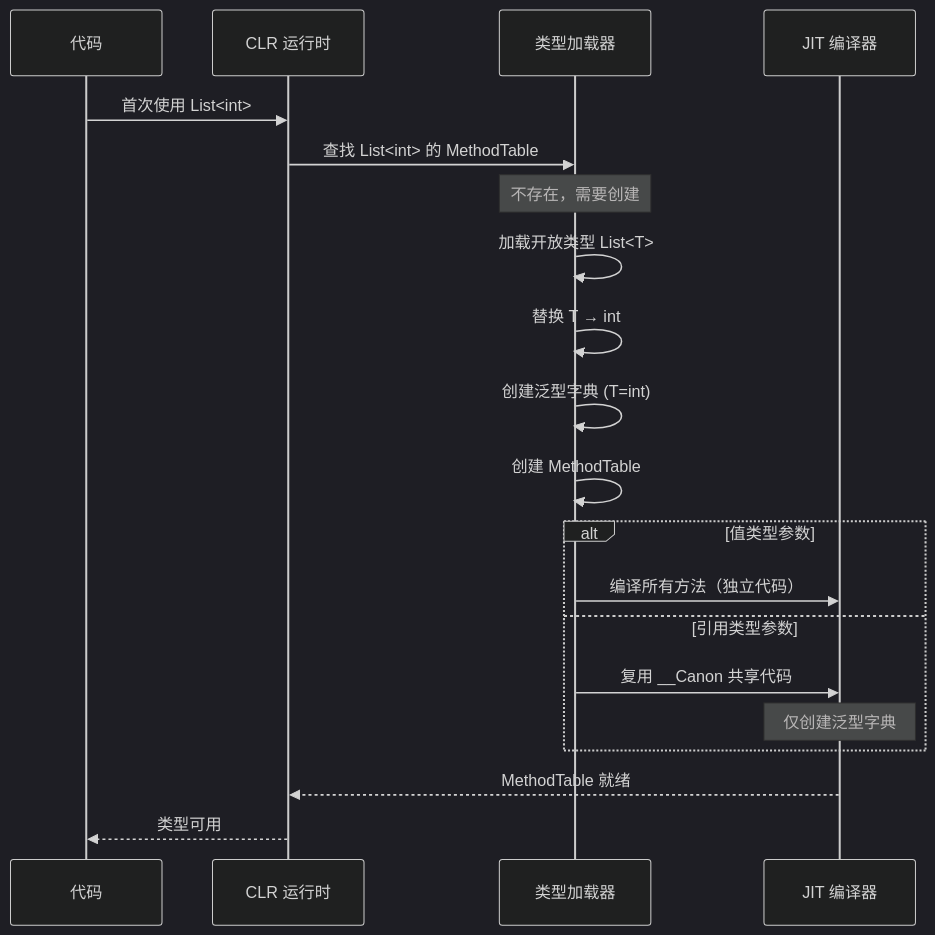
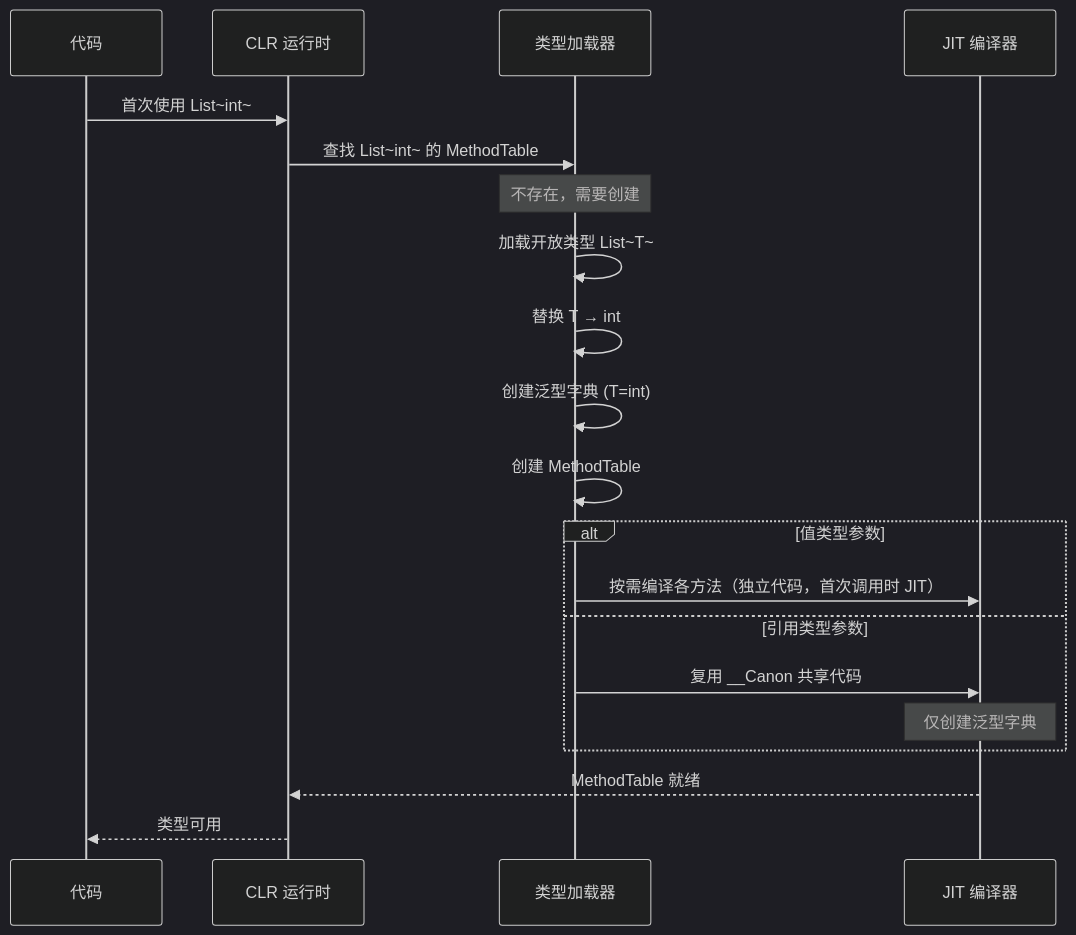
One commit to moklgydocs/moklgydocs.github.io changed the fifth of 12 diagrams in src/后端开发/CSharp/CLR深度/04_接口与泛型原理/02_泛型类型与实例化原理.md. Above: the diagram before and after it, drawn with Mermaid (dark theme). The commit also changed other lines of this file and 32 other files, not shown here.

````diff
--- a/src/后端开发/CSharp/CLR深度/04_接口与泛型原理/02_泛型类型与实例化原理.md
+++ b/src/后端开发/CSharp/CLR深度/04_接口与泛型原理/02_泛型类型与实例化原理.md
@@ -330,27 +330,27 @@
 ```mermaid
 sequenceDiagram
     participant Code as 代码
     participant CLR as CLR 运行时
     participant Loader as 类型加载器
     participant JIT as JIT 编译器
 
-    Code->>CLR: 首次使用 List<int>
+    Code->>CLR: 首次使用 List~int~
 
-    CLR->>Loader: 查找 List<int> 的 MethodTable
+    CLR->>Loader: 查找 List~int~ 的 MethodTable
     Note over Loader: 不存在，需要创建
 
-    Loader->>Loader: 加载开放类型 List<T>
+    Loader->>Loader: 加载开放类型 List~T~
     Loader->>Loader: 替换 T → int
     Loader->>Loader: 创建泛型字典 (T=int)
     Loader->>Loader: 创建 MethodTable
 
     alt 值类型参数
-        Loader->>JIT: 编译所有方法（独立代码）
+        Loader->>JIT: 按需编译各方法（独立代码，首次调用时 JIT）
     else 引用类型参数
         Loader->>JIT: 复用 __Canon 共享代码
         Note over JIT: 仅创建泛型字典
     end
 
     JIT-->>CLR: MethodTable 就绪
     CLR-->>Code: 类型可用
 ```
````
